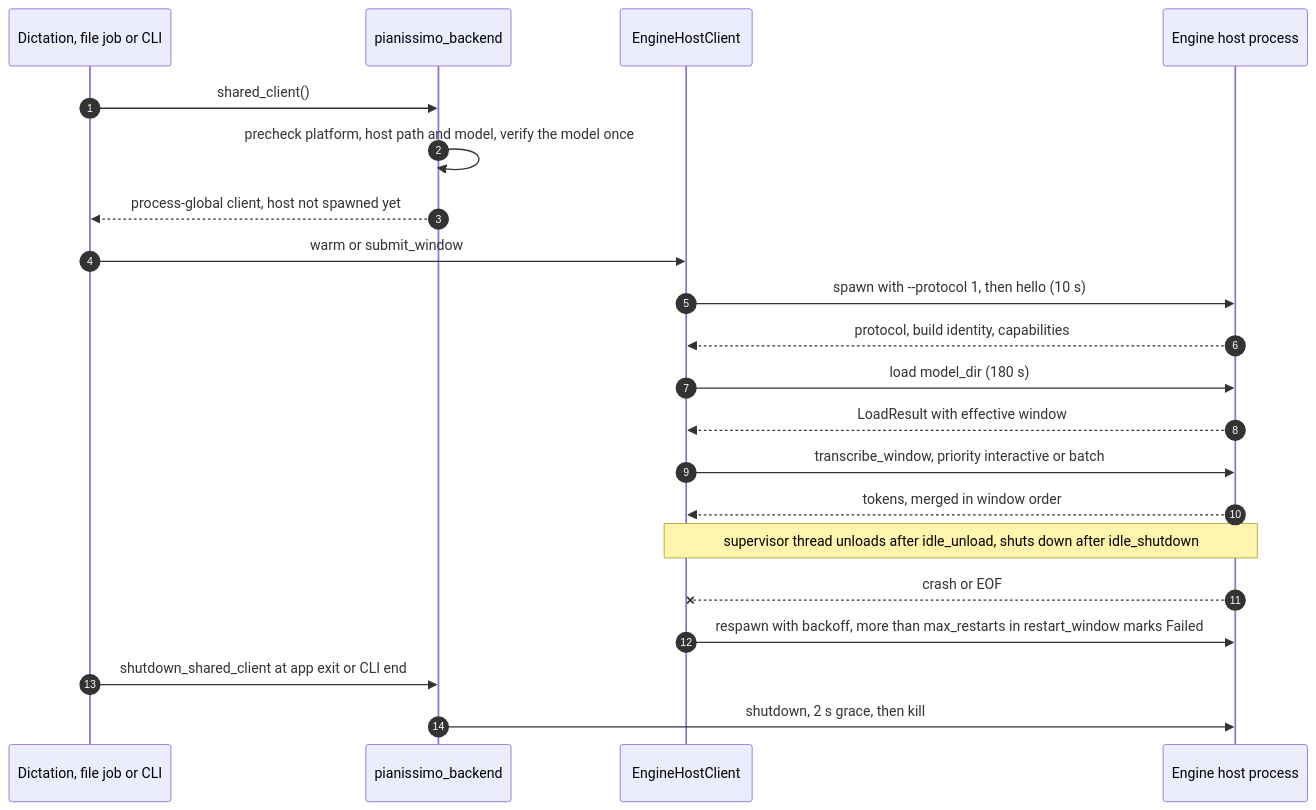
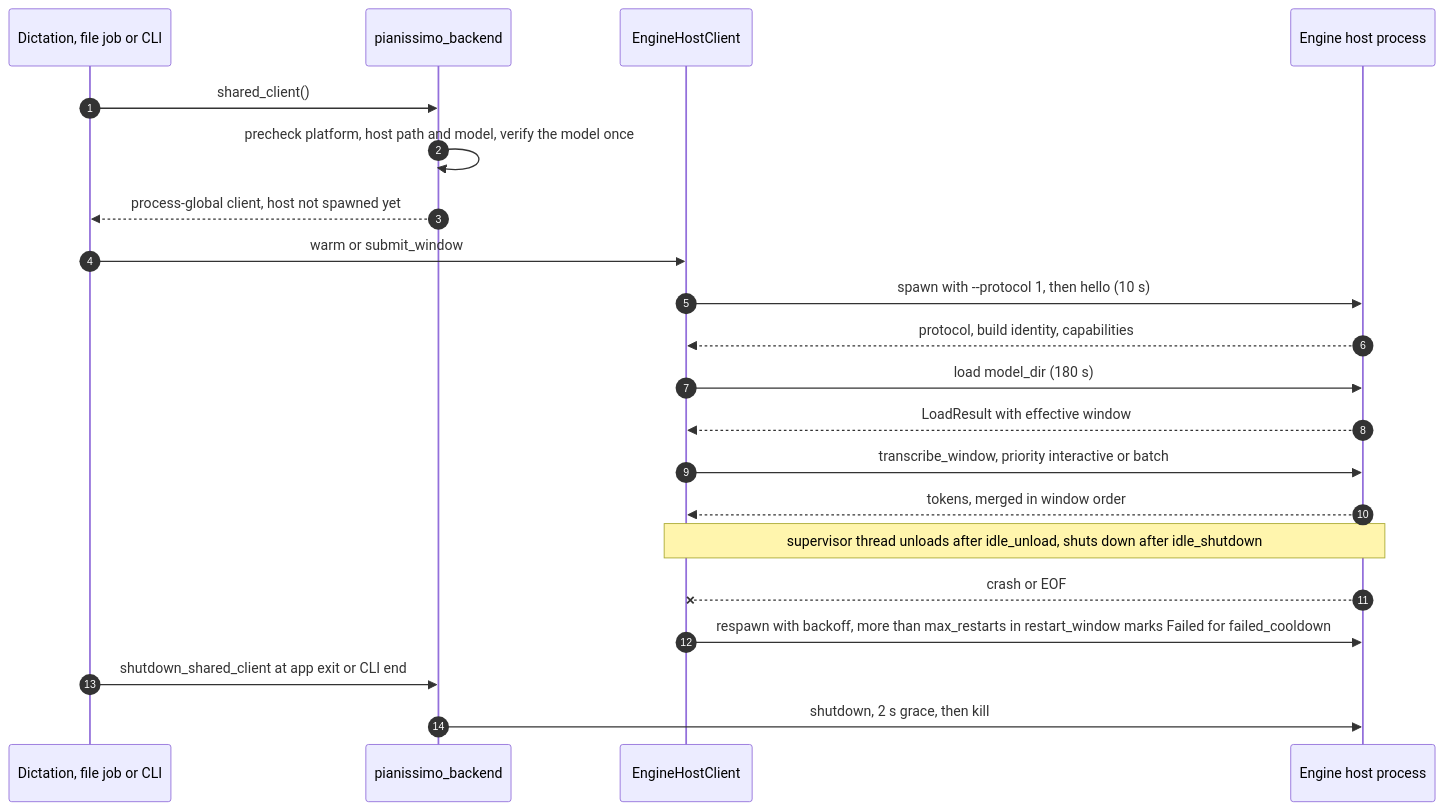
The fourth of 4 diagrams in docs/ARCHITECTURE.md (Magnus-Gille/sagascript), drawn with Mermaid before and after one commit. The commit also changed other lines of this file and 3 other files, not shown here.

````diff
--- a/docs/ARCHITECTURE.md
+++ b/docs/ARCHITECTURE.md
@@ -227,23 +227,23 @@
 ```mermaid
 sequenceDiagram
     autonumber
     participant Caller as Dictation, file job or CLI
     participant PB as pianissimo_backend
     participant Client as EngineHostClient
     participant Host as Engine host process
     Caller->>PB: shared_client()
     PB->>PB: precheck platform, host path and model, verify the model once
     PB-->>Caller: process-global client, host not spawned yet
     Caller->>Client: warm or submit_window
     Client->>Host: spawn with --protocol 1, then hello (10 s)
     Host-->>Client: protocol, build identity, capabilities
     Client->>Host: load model_dir (180 s)
     Host-->>Client: LoadResult with effective window
     Client->>Host: transcribe_window, priority interactive or batch
     Host-->>Client: tokens, merged in window order
     Note over Client,Host: supervisor thread unloads after idle_unload, shuts down after idle_shutdown
     Host--xClient: crash or EOF
-    Client->>Host: respawn with backoff, more than max_restarts in restart_window marks Failed
+    Client->>Host: respawn with backoff, more than max_restarts in restart_window marks Failed for failed_cooldown
     Caller->>PB: shutdown_shared_client at app exit or CLI end
     PB->>Host: shutdown, 2 s grace, then kill
 ```
````
